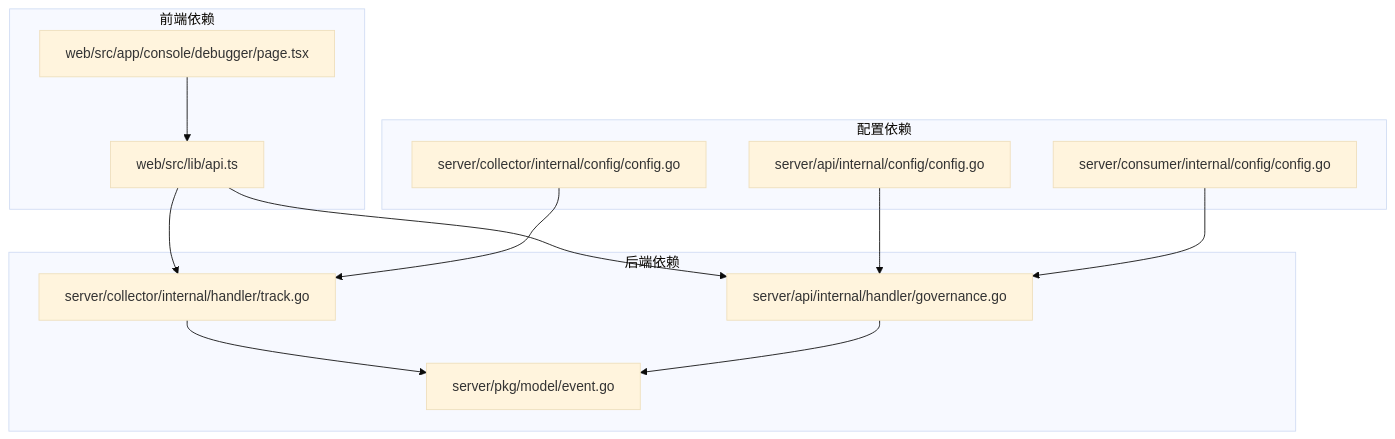
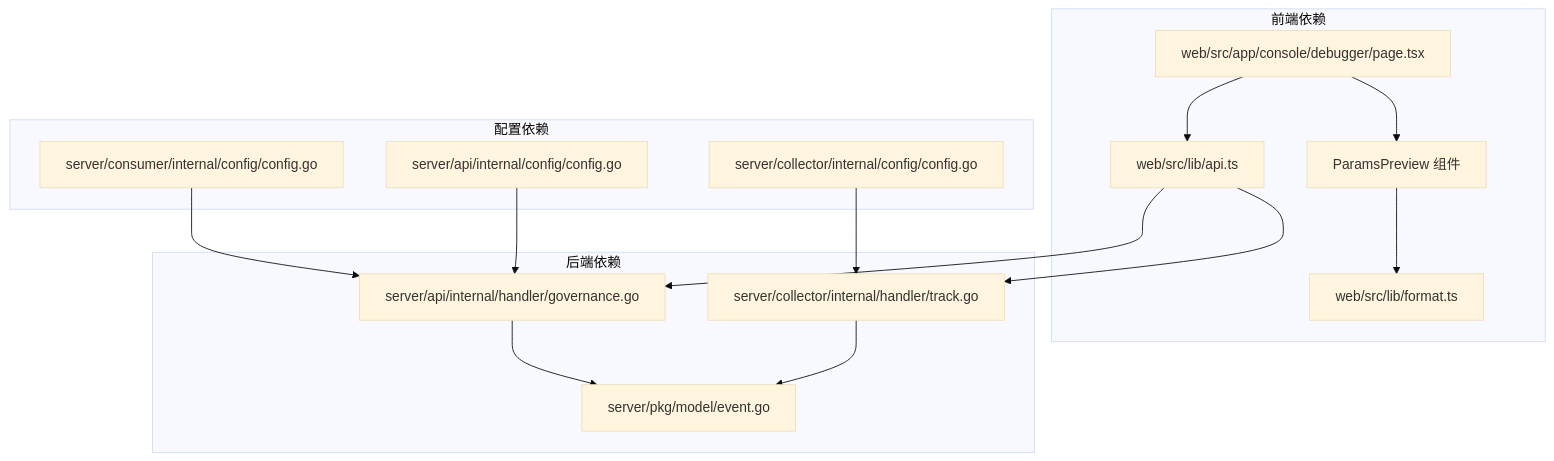
The ninth of 9 diagrams in .qoder/repowiki/zh/content/监控与可观测性/调试器系统.md (zhen-zhong/AeroLog), drawn with Mermaid (base theme) before and after one commit. The commit also changed other lines of this file and 52 other files, not shown here.

````diff
--- a/.qoder/repowiki/zh/content/监控与可观测性/调试器系统.md
+++ b/.qoder/repowiki/zh/content/监控与可观测性/调试器系统.md
@@ -371,25 +486,29 @@
 ```mermaid
 graph TB
 subgraph "前端依赖"
 WEB_DEBUGGER[web/src/app/console/debugger/page.tsx]
+PARAMS_PREVIEW[ParamsPreview 组件]
 API_CLIENT[web/src/lib/api.ts]
+FORMAT_UTILS[web/src/lib/format.ts]
 end
 subgraph "后端依赖"
 GOVERNANCE_HANDLER[server/api/internal/handler/governance.go]
 TRACK_HANDLER[server/collector/internal/handler/track.go]
 EVENT_MODEL[server/pkg/model/event.go]
 end
 subgraph "配置依赖"
 API_CONFIG[server/api/internal/config/config.go]
 COLLECTOR_CONFIG[server/collector/internal/config/config.go]
 CONSUMER_CONFIG[server/consumer/internal/config/config.go]
 end
+WEB_DEBUGGER --> PARAMS_PREVIEW
 WEB_DEBUGGER --> API_CLIENT
+PARAMS_PREVIEW --> FORMAT_UTILS
 API_CLIENT --> GOVERNANCE_HANDLER
 API_CLIENT --> TRACK_HANDLER
 TRACK_HANDLER --> EVENT_MODEL
 GOVERNANCE_HANDLER --> EVENT_MODEL
 API_CONFIG --> GOVERNANCE_HANDLER
 COLLECTOR_CONFIG --> TRACK_HANDLER
 CONSUMER_CONFIG --> GOVERNANCE_HANDLER
 ```
````
